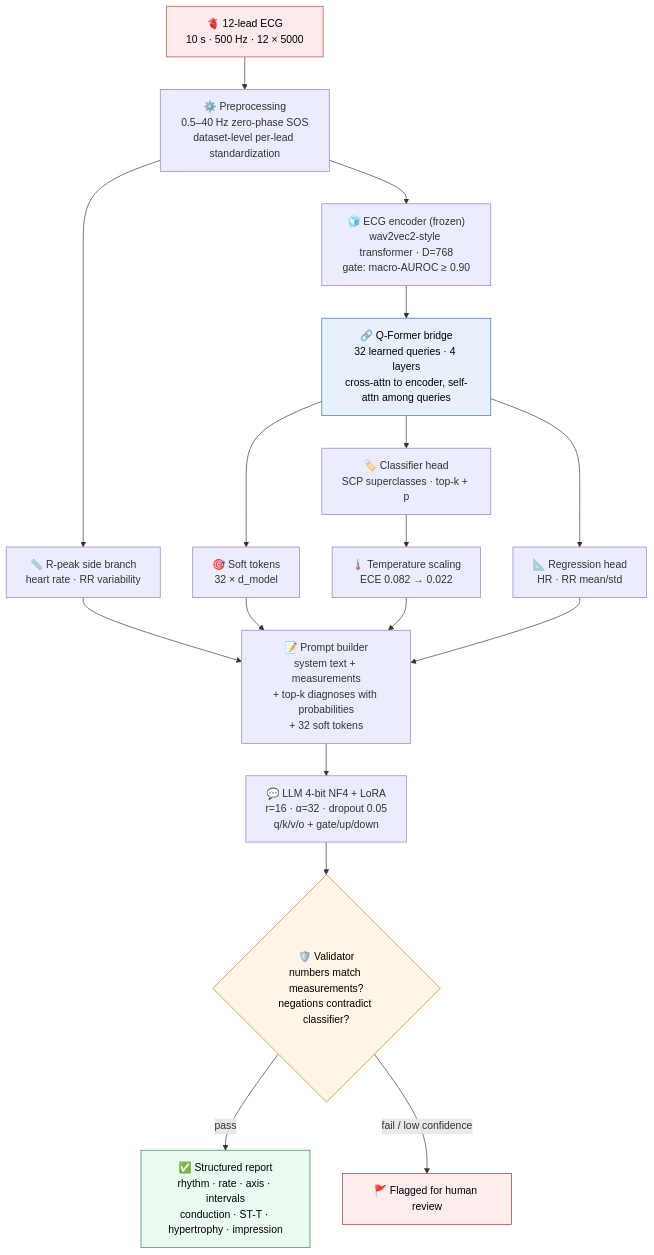
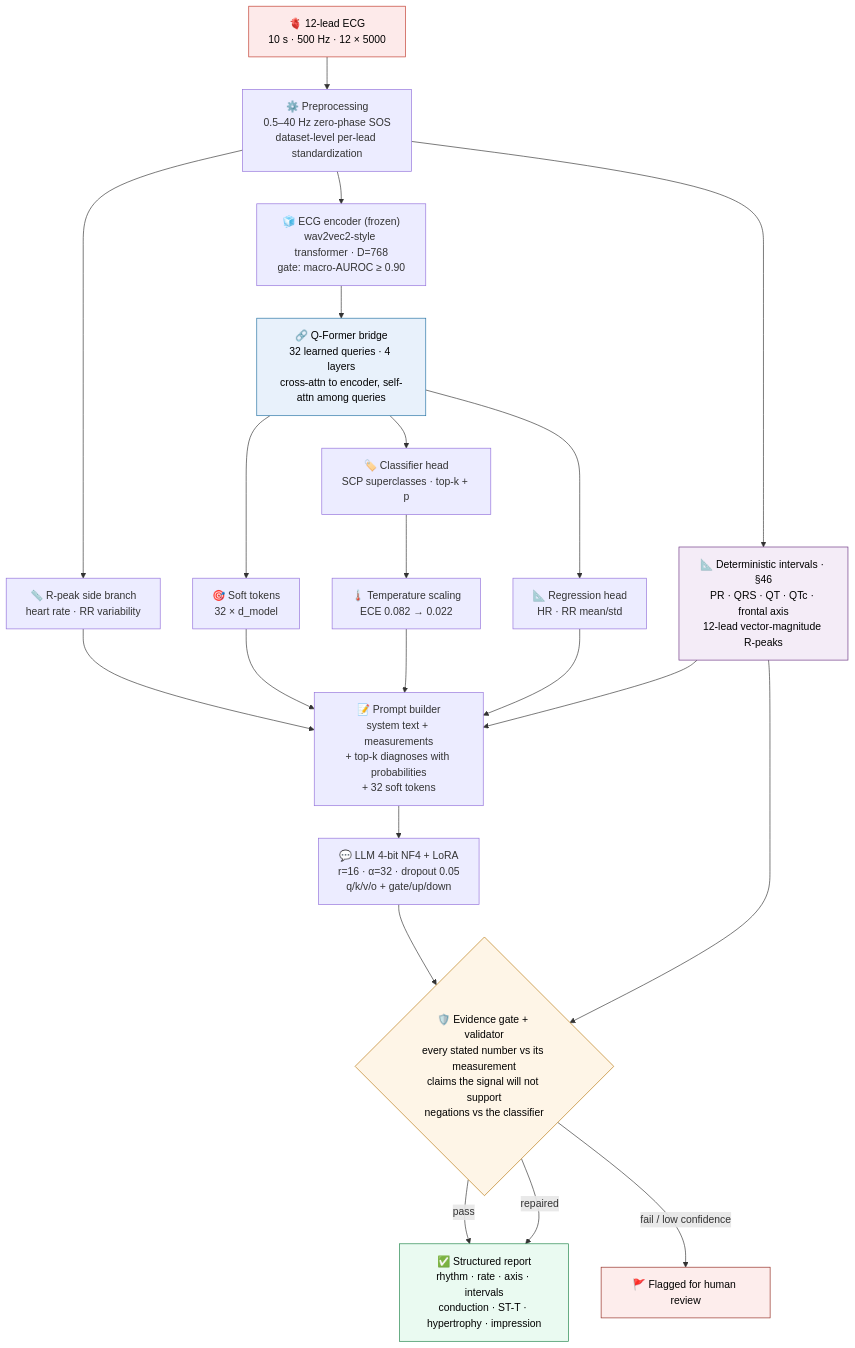
One commit to aparijit05072004/Cardio_Scribe changed the first of 2 diagrams in README.md. Above: the diagram before and after it, drawn with Mermaid. The commit also changed other lines of this file and 7 other files, not shown here.

````diff
--- a/README.md
+++ b/README.md
@@ -61,25 +67,30 @@
 ```mermaid
 flowchart TD
     A["🫀 12-lead ECG<br/>10 s · 500 Hz · 12 × 5000"] --> B["⚙️ Preprocessing<br/>0.5–40 Hz zero-phase SOS<br/>dataset-level per-lead standardization"]
     B --> R["📏 R-peak side branch<br/>heart rate · RR variability"]
     B --> C["🧊 ECG encoder (frozen)<br/>wav2vec2-style transformer · D=768<br/>gate: macro-AUROC ≥ 0.90"]
     C --> D["🔗 Q-Former bridge<br/>32 learned queries · 4 layers<br/>cross-attn to encoder, self-attn among queries"]
     D --> E["🎯 Soft tokens<br/>32 × d_model"]
     D --> F["🏷️ Classifier head<br/>SCP superclasses · top-k + p"]
     D --> G["📐 Regression head<br/>HR · RR mean/std"]
     F --> T["🌡️ Temperature scaling<br/>ECE 0.082 → 0.022"]
     T --> H
     R --> H
     E --> H["📝 Prompt builder<br/>system text + measurements<br/>+ top-k diagnoses with probabilities<br/>+ 32 soft tokens"]
     G --> H
     H --> I["💬 LLM 4-bit NF4 + LoRA<br/>r=16 · α=32 · dropout 0.05<br/>q/k/v/o + gate/up/down"]
-    I --> J{"🛡️ Validator<br/>numbers match measurements?<br/>negations contradict classifier?"}
+    B --> M["📐 Deterministic intervals · §46<br/>PR · QRS · QT · QTc · frontal axis<br/>12-lead vector-magnitude R-peaks"]
+    M --> H
+    I --> J{"🛡️ Evidence gate + validator<br/>every stated number vs its measurement<br/>claims the signal will not support<br/>negations vs the classifier"}
+    M --> J
     J -->|pass| K["✅ Structured report<br/>rhythm · rate · axis · intervals<br/>conduction · ST-T · hypertrophy · impression"]
+    J -->|repaired| K
     J -->|fail / low confidence| L["🚩 Flagged for human review"]
 
     style A fill:#fdeaea,stroke:#c0392b,color:#000
     style D fill:#e8f1fb,stroke:#2471a3,color:#000
     style J fill:#fef5e7,stroke:#b9770e,color:#000
+    style M fill:#f4ecf7,stroke:#6c3483,color:#000
     style K fill:#eafaf1,stroke:#1e8449,color:#000
     style L fill:#fdedec,stroke:#922b21,color:#000
 ```
````
